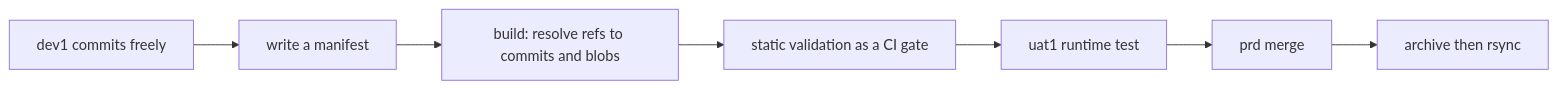
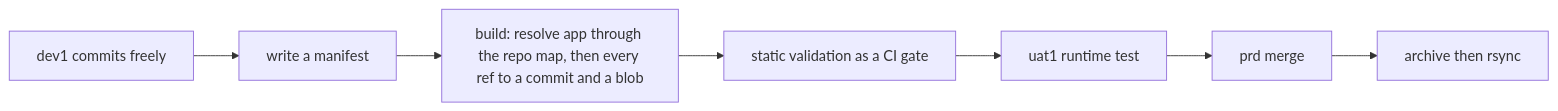
Before and after one commit to mpegg007/TermiteTowers: the diagram in docs/design/promotion-model.md, drawn with Mermaid. The commit also changed other lines of this file and 54 other files, not shown here.

````diff
--- a/docs/design/promotion-model.md
+++ b/docs/design/promotion-model.md
@@ -291,9 +423,9 @@
 ```mermaid
 flowchart LR
   DEV[dev1 commits freely] --> MAN[write a manifest]
-  MAN --> GEN[build: resolve refs to commits and blobs]
+  MAN --> GEN[build: resolve app through the repo map, then every ref to a commit and a blob]
   GEN --> GATE[static validation as a CI gate]
   GATE --> UAT[uat1 runtime test]
   UAT --> PRD[prd merge]
   PRD --> ARCH[archive then rsync]
 ```
````
